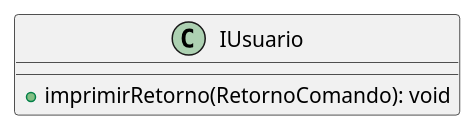
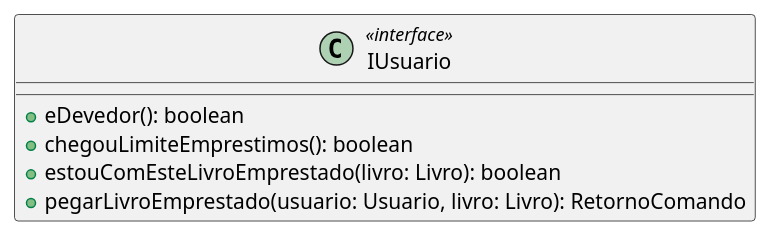
One commit to angelofelipe/library-system-OOP changed the diagram in diagrama de classes/src puml/src/usuario/IUsuario.puml. Above: the diagram before and after it, drawn with PlantUML. The commit also changed 24 other files, not shown here.

Commit message:
edita diagrama na pasta usuario

```diff
--- a/diagrama de classes/src puml/src/usuario/IUsuario.puml
+++ b/diagrama de classes/src puml/src/usuario/IUsuario.puml
@@ -1,8 +1,10 @@
 @startuml
 
-class IUsuario  {
-
-    + imprimirRetorno(RetornoComando): void
+class IUsuario <<interface>> {
+    + eDevedor(): boolean
+    + chegouLimiteEmprestimos(): boolean
+    + estouComEsteLivroEmprestado(livro: Livro): boolean
+    + pegarLivroEmprestado(usuario: Usuario, livro: Livro): RetornoComando
 }
 
 @enduml
```
